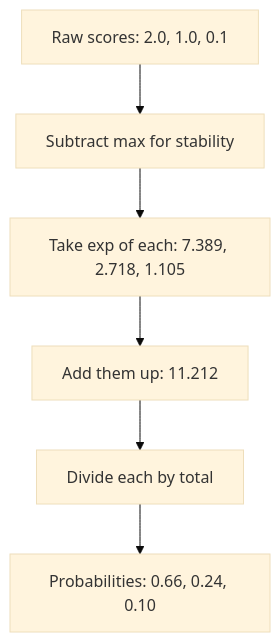
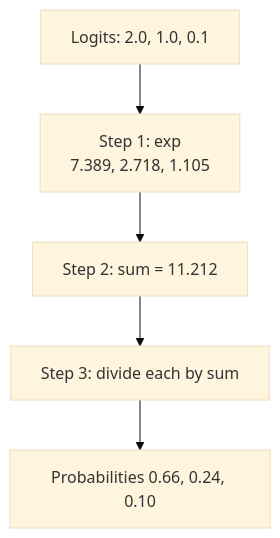
The first of 2 diagrams in notes/step-02-deep-learning-and-neural-networks/026-softmax-function.md (kaisarnajar/outcome-school-blogs), drawn with Mermaid (base theme) before and after one commit. The commit also changed other lines of this file and 233 other files, not shown here.

````diff
--- a/notes/step-02-deep-learning-and-neural-networks/026-softmax-function.md
+++ b/notes/step-02-deep-learning-and-neural-networks/026-softmax-function.md
@@ -51,8 +78,7 @@
 ```mermaid
 flowchart TD
-    A["Raw scores: 2.0, 1.0, 0.1"] --> B["Subtract max for stability"]
-    B --> C["Take exp of each: 7.389, 2.718, 1.105"]
-    C --> D["Add them up: 11.212"]
-    D --> E["Divide each by total"]
-    E --> F["Probabilities: 0.66, 0.24, 0.10"]
+    A["Logits: 2.0, 1.0, 0.1"] --> B["Step 1: exp<br/>7.389, 2.718, 1.105"]
+    B --> C["Step 2: sum = 11.212"]
+    C --> D["Step 3: divide each by sum"]
+    D --> E["Probabilities 0.66, 0.24, 0.10"]
 ```
````
